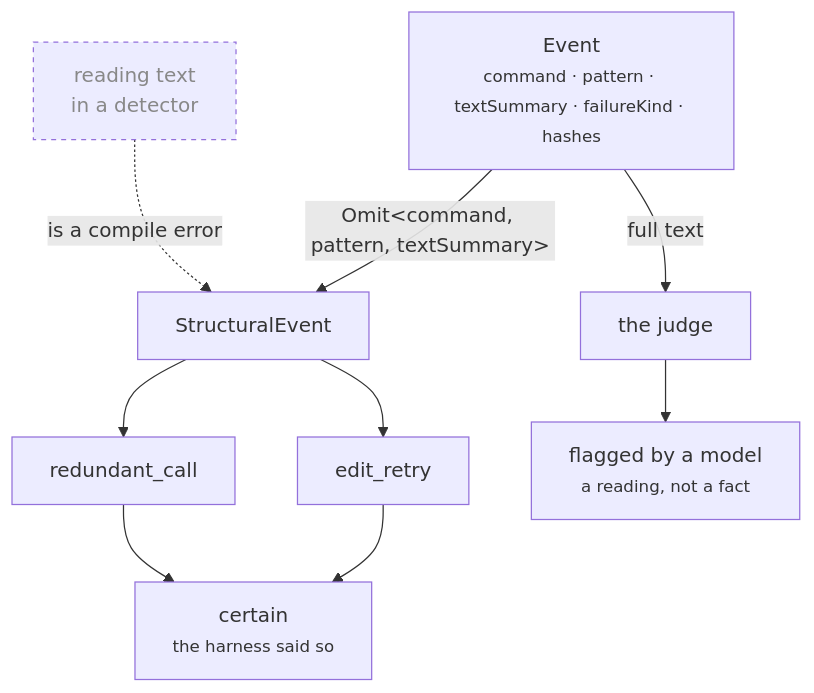
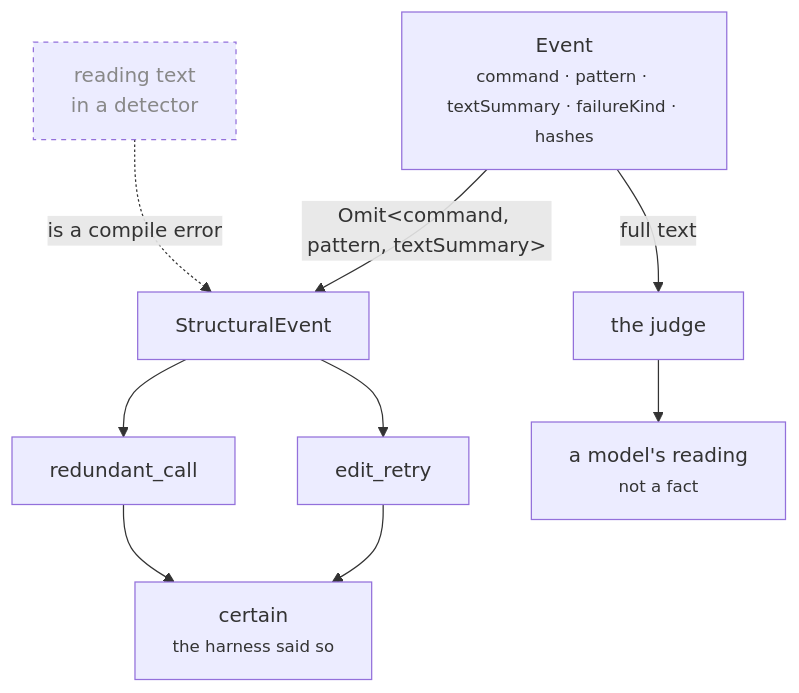
The diagram in site/src/diagrams/two-tiers.mmd (vibesenpai/vibesenpai), drawn with Mermaid before and after one commit. The commit also changed 57 other files, not shown here.

```diff
--- a/site/src/diagrams/two-tiers.mmd
+++ b/site/src/diagrams/two-tiers.mmd
@@ -1,18 +1,18 @@
 flowchart TD
   E["Event<br/><small>command · pattern · textSummary · failureKind · hashes</small>"]
 
   E -- "Omit&lt;command, pattern, textSummary&gt;" --> S["StructuralEvent"]
   E -- "full text" --> J["the judge"]
 
   S --> R1["edit_retry"]
   S --> R2["redundant_call"]
 
   R1 --> CERT["certain<br/><small>the harness said so</small>"]
   R2 --> CERT
 
-  J --> MOD["flagged by a model<br/><small>a reading, not a fact</small>"]
+  J --> MOD["a model's reading<br/><small>not a fact</small>"]
 
   X["reading text<br/>in a detector"] -. "is a compile error" .-> S
 
   classDef gone stroke-dasharray:4 4,color:#888
   class X gone
```
